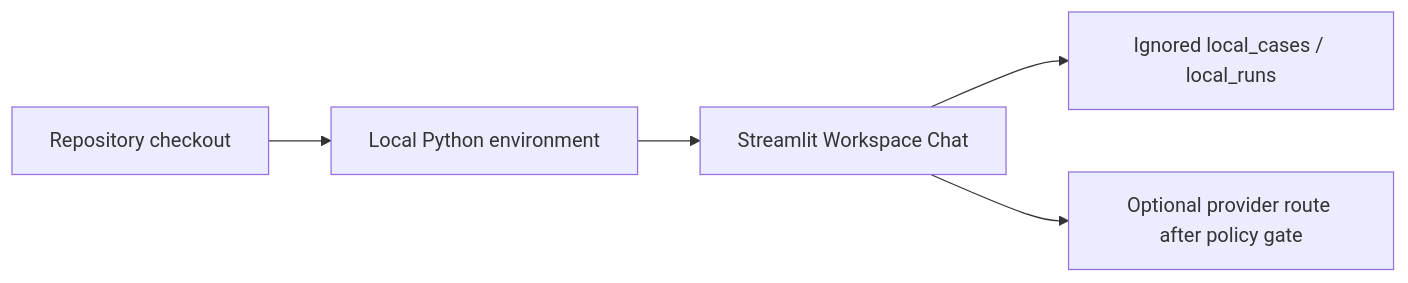
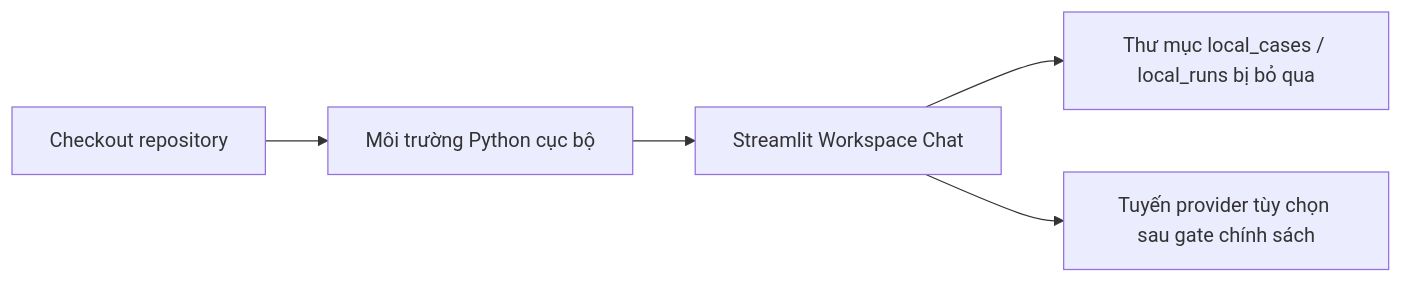
The diagram in docs/architecture/DEPLOYMENT.md (Nakazasen/AIOS_habbit), drawn with Mermaid before and after one commit. The commit also changed other lines of this file and 419 other files, not shown here.

First line of the commit message:
docs(understand): add localized knowledge graph and update documentation

````diff
--- a/docs/architecture/DEPLOYMENT.md
+++ b/docs/architecture/DEPLOYMENT.md
@@ -14,7 +12,7 @@
 ```mermaid
 flowchart LR
-    Repo["Repository checkout"] --> Env["Local Python environment"]
+    Repo["Checkout repository"] --> Env["Môi trường Python cục bộ"]
     Env --> App["Streamlit Workspace Chat"]
-    App --> Data["Ignored local_cases / local_runs"]
-    App --> Optional["Optional provider route after policy gate"]
+    App --> Data["Thư mục local_cases / local_runs bị bỏ qua"]
+    App --> Optional["Tuyến provider tùy chọn sau gate chính sách"]
 ```
````
